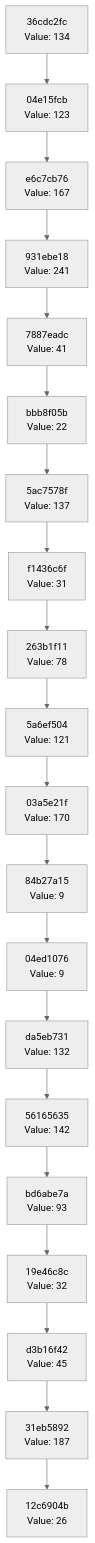
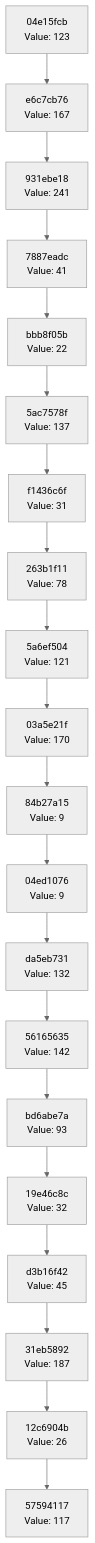
Before and after one commit to Abhisheksinha1506/hash-chain-evolver: the diagram in docs/CHAIN_VISUALIZATION.md, drawn with Mermaid (neutral theme). The commit also changed 2 other files, not shown here.

Commit message:
Evolution Step

````diff
--- a/docs/CHAIN_VISUALIZATION.md
+++ b/docs/CHAIN_VISUALIZATION.md
@@ -3,42 +3,42 @@
 ```mermaid
 graph TD
-    C0["12c6904b<br/>Value: 26"]
-    C1["31eb5892<br/>Value: 187"]
+    C0["57594117<br/>Value: 117"]
+    C1["12c6904b<br/>Value: 26"]
     C1 --> C0
-    C2["d3b16f42<br/>Value: 45"]
+    C2["31eb5892<br/>Value: 187"]
     C2 --> C1
-    C3["19e46c8c<br/>Value: 32"]
+    C3["d3b16f42<br/>Value: 45"]
     C3 --> C2
-    C4["bd6abe7a<br/>Value: 93"]
+    C4["19e46c8c<br/>Value: 32"]
     C4 --> C3
-    C5["56165635<br/>Value: 142"]
+    C5["bd6abe7a<br/>Value: 93"]
     C5 --> C4
-    C6["da5eb731<br/>Value: 132"]
+    C6["56165635<br/>Value: 142"]
     C6 --> C5
-    C7["04ed1076<br/>Value: 9"]
+    C7["da5eb731<br/>Value: 132"]
     C7 --> C6
-    C8["84b27a15<br/>Value: 9"]
+    C8["04ed1076<br/>Value: 9"]
     C8 --> C7
-    C9["03a5e21f<br/>Value: 170"]
+    C9["84b27a15<br/>Value: 9"]
     C9 --> C8
-    C10["5a6ef504<br/>Value: 121"]
+    C10["03a5e21f<br/>Value: 170"]
     C10 --> C9
-    C11["263b1f11<br/>Value: 78"]
+    C11["5a6ef504<br/>Value: 121"]
     C11 --> C10
-    C12["f1436c6f<br/>Value: 31"]
+    C12["263b1f11<br/>Value: 78"]
     C12 --> C11
-    C13["5ac7578f<br/>Value: 137"]
+    C13["f1436c6f<br/>Value: 31"]
     C13 --> C12
-    C14["bbb8f05b<br/>Value: 22"]
+    C14["5ac7578f<br/>Value: 137"]
     C14 --> C13
-    C15["7887eadc<br/>Value: 41"]
+    C15["bbb8f05b<br/>Value: 22"]
     C15 --> C14
-    C16["931ebe18<br/>Value: 241"]
+    C16["7887eadc<br/>Value: 41"]
     C16 --> C15
-    C17["e6c7cb76<br/>Value: 167"]
+    C17["931ebe18<br/>Value: 241"]
     C17 --> C16
-    C18["04e15fcb<br/>Value: 123"]
+    C18["e6c7cb76<br/>Value: 167"]
     C18 --> C17
-    C19["36cdc2fc<br/>Value: 134"]
+    C19["04e15fcb<br/>Value: 123"]
     C19 --> C18
 ```
````
